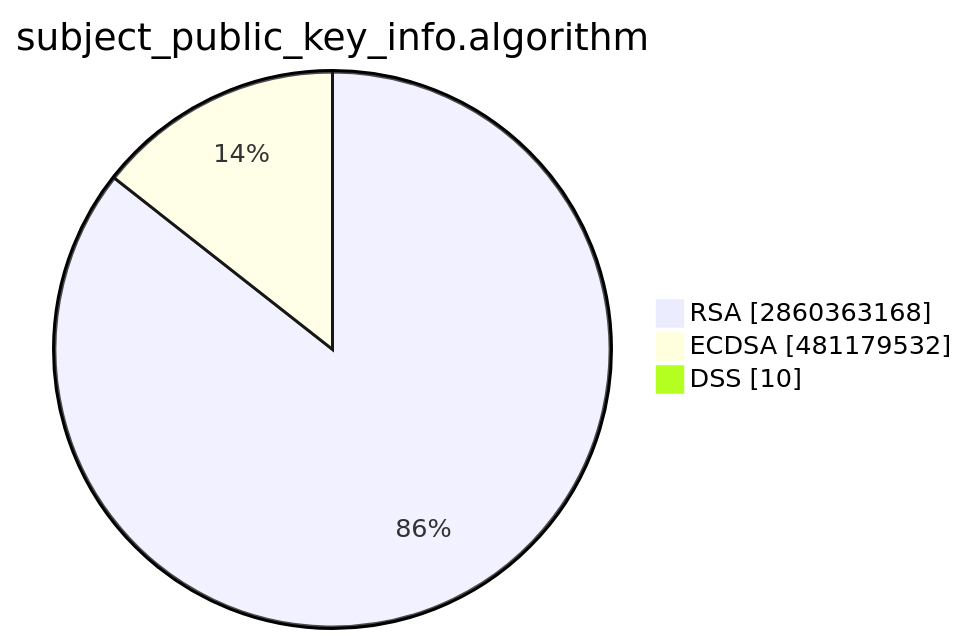
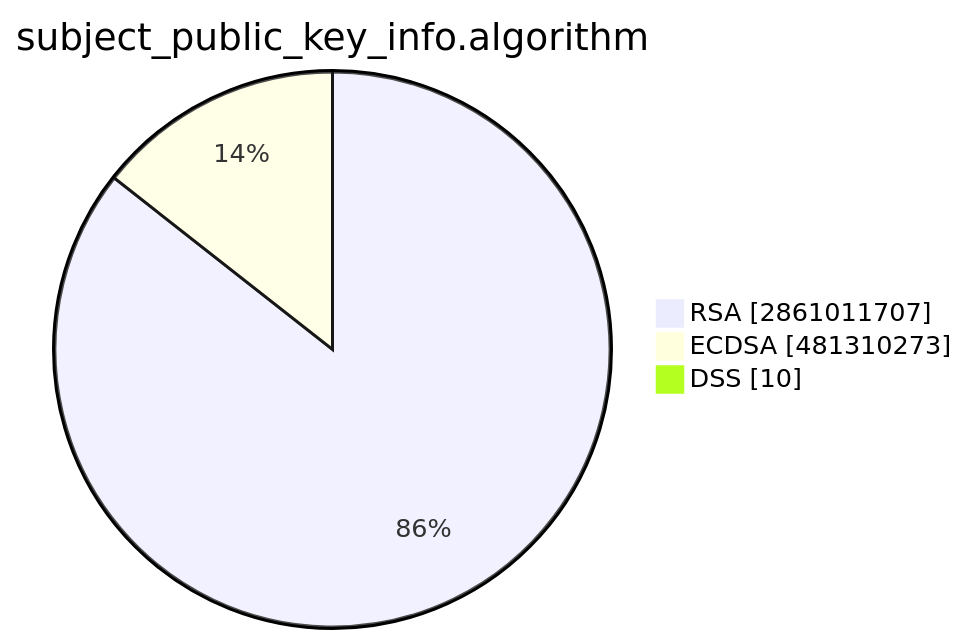
The second of 15 diagrams in TOTAL/README.md (christiankrug/ctmonitor_visualization), drawn with Mermaid before and after one commit. The commit also changed other lines of this file, not shown here.

````diff
--- a/TOTAL/README.md
+++ b/TOTAL/README.md
@@ -6,7 +6,7 @@
 ```mermaid
 pie showData
 title subject_public_key_info.algorithm
-"RSA" :2860363168
-"ECDSA" :481179532
+"RSA" :2861011707
+"ECDSA" :481310273
 "DSS" :10
 ```
````
